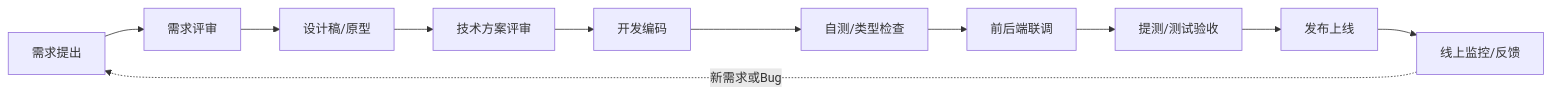
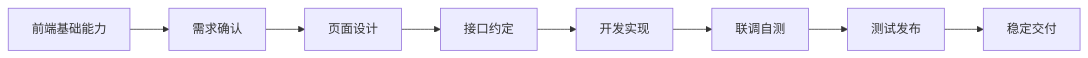
The fifth of 5 diagrams in docs/前端开发分享演讲稿.md (TCIano/iframemode), drawn with Mermaid before and after one commit. The commit also changed other lines of this file and 13 other files, not shown here.

````diff
--- a/docs/前端开发分享演讲稿.md
+++ b/docs/前端开发分享演讲稿.md
@@ -39,13 +714,10 @@
 ```mermaid
 flowchart LR
-    A[需求提出] --> B[需求评审]
-    B --> C[设计稿/原型]
-    C --> D[技术方案评审]
-    D --> E[开发编码]
-    E --> F[自测/类型检查]
-    F --> G[前后端联调]
-    G --> H[提测/测试验收]
-    H --> I[发布上线]
-    I --> J[线上监控/反馈]
-    J -.->|新需求或Bug| A
+    base[前端基础能力] --> req[需求确认]
+    req --> design[页面设计]
+    design --> api[接口约定]
+    api --> dev[开发实现]
+    dev --> debug[联调自测]
+    debug --> test[测试发布]
+    test --> stable[稳定交付]
 ```
````
